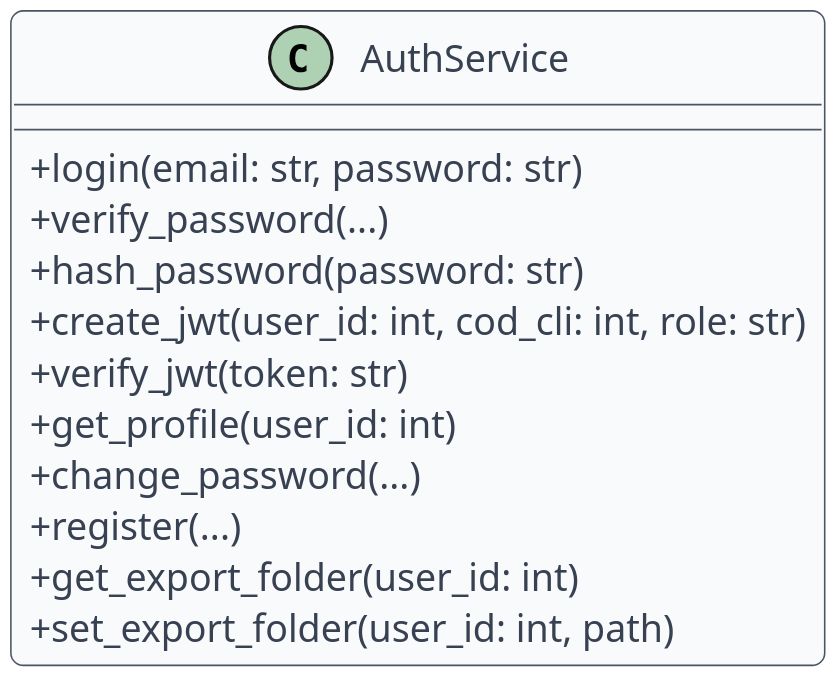
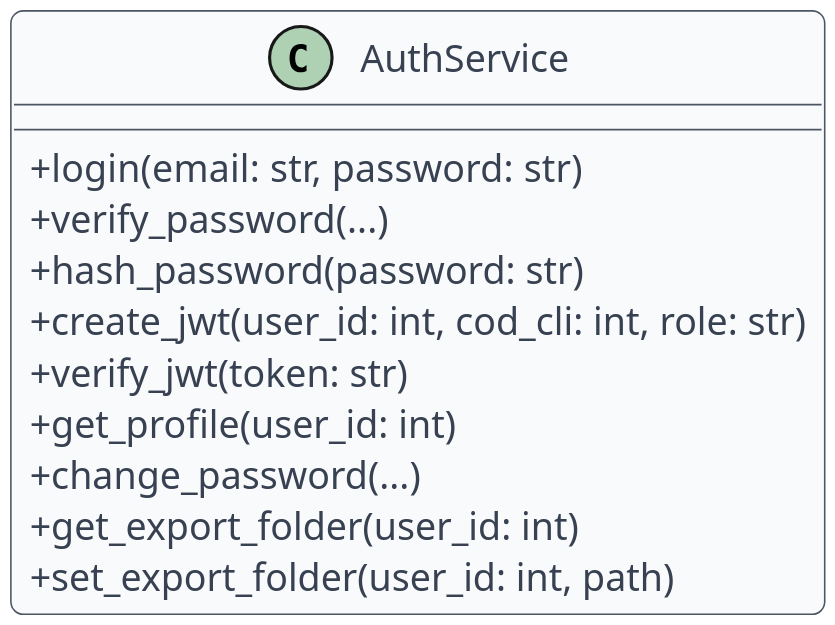
The diagram in src/PB/Documentazione Esterna/Contenuti/componenti_specifiche_tecniche/assets/uml_backend/12_authservice.puml (swenightpro/Documentazione), drawn with PlantUML before and after one commit. The commit also changed 14 other files, not shown here.

```diff
--- a/src/PB/Documentazione Esterna/Contenuti/componenti_specifiche_tecniche/assets/uml_backend/12_authservice.puml
+++ b/src/PB/Documentazione Esterna/Contenuti/componenti_specifiche_tecniche/assets/uml_backend/12_authservice.puml
@@ -1,31 +1,30 @@
 @startuml
 skinparam dpi 300
 skinparam shadowing false
 skinparam backgroundColor White
 skinparam defaultFontName Helvetica
 skinparam defaultFontSize 12
 skinparam ArrowColor #4B5563
 skinparam ArrowThickness 1
 skinparam roundcorner 8
 skinparam class {
   BackgroundColor #F9FAFB
   BorderColor #4B5563
   FontColor #111827
   AttributeFontColor #374151
   StereotypeFontColor #6B7280
 }
 skinparam classAttributeIconSize 0
 
 class "AuthService" as C1 {
   + login(email: str, password: str)
   + verify_password(...)
   + hash_password(password: str)
   + create_jwt(user_id: int, cod_cli: int, role: str)
   + verify_jwt(token: str)
   + get_profile(user_id: int)
   + change_password(...)
-  + register(...)
   + get_export_folder(user_id: int)
   + set_export_folder(user_id: int, path)
 }
 @enduml
```
